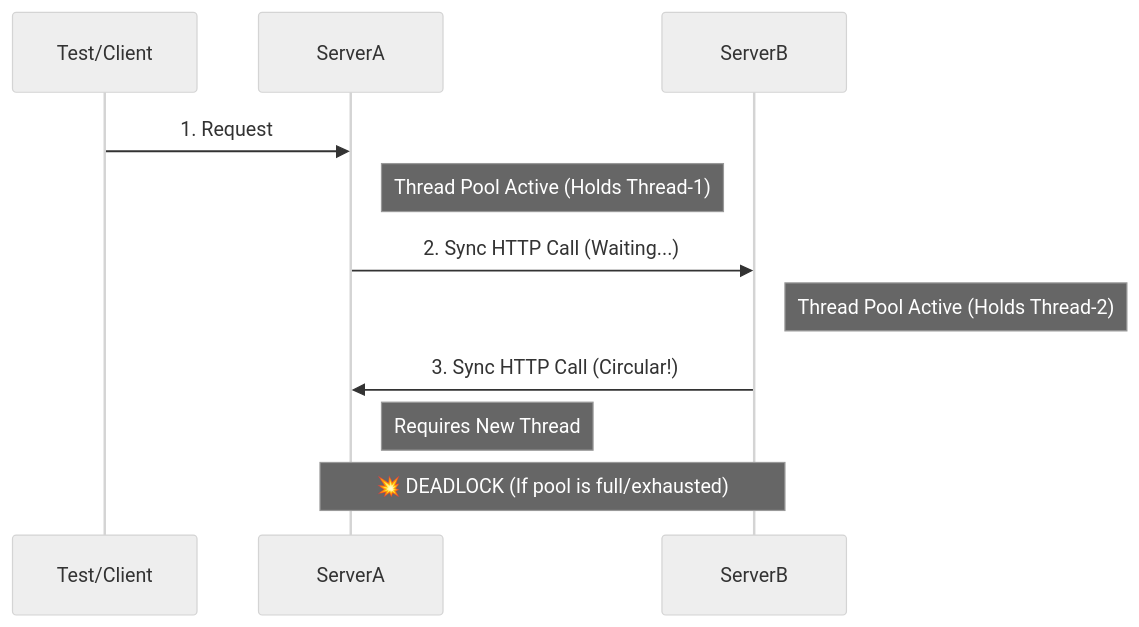
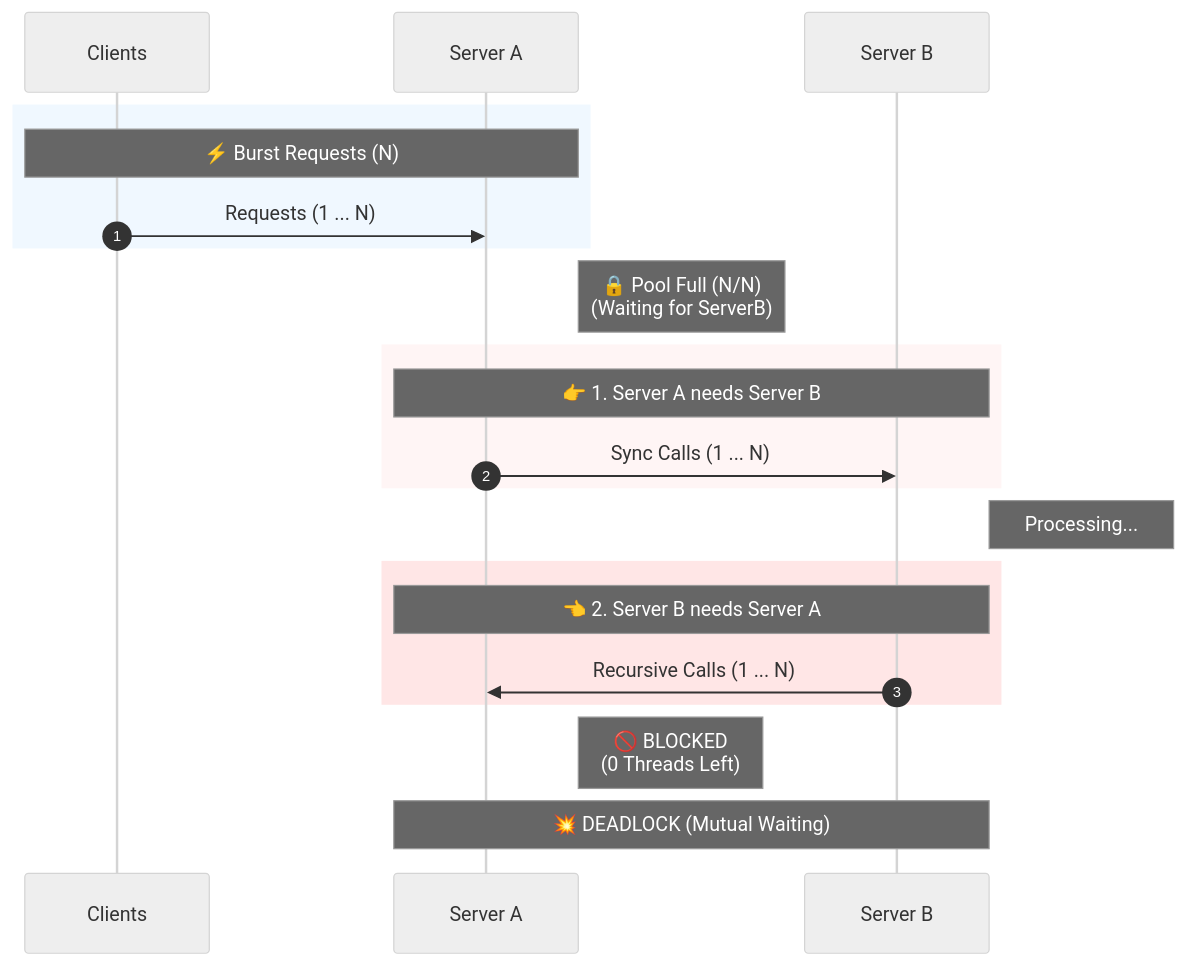
Before and after one commit to implermine/msa-deadlock-demo: the diagram in README.md, drawn with Mermaid (neutral theme).

````diff
--- a/README.md
+++ b/README.md
@@ -16,14 +16,34 @@
 ```mermaid
+%%{init: { 'sequence': { 'actorMargin': 150, 'noteMargin': 10, 'boxMargin': 10 } } }%%
 sequenceDiagram
-    participant Test/Client
-    participant ServerA
-    participant ServerB
+    autonumber
+    participant Users as Clients
+    participant ServerA as Server A
+    participant ServerB as Server B
 
-    Test/Client->>ServerA: 1. Request
-    Note right of ServerA: Thread Pool Active (Holds Thread-1)
-    ServerA->>ServerB: 2. Sync HTTP Call (Waiting...)
-    Note right of ServerB: Thread Pool Active (Holds Thread-2)
-    ServerB->>ServerA: 3. Sync HTTP Call (Circular!)
-    Note right of ServerA: Requires New Thread
-    Note over ServerA, ServerB: 💥 DEADLOCK (If pool is full/exhausted)
+    %% 1. 상황 발생
+    rect rgb(240, 248, 255)
+        Note over Users, ServerA: ⚡ Burst Requests (N)
+        Users->>ServerA: Requests (1 ... N)
+    end
+
+    Note right of ServerA: 🔒 Pool Full (N/N)<br/>(Waiting for ServerB)
+
+    %% 2. A가 B를 필요로 함 (Dependency 1)
+    rect rgb(255, 245, 245)
+        Note over ServerA, ServerB: 👉 1. Server A needs Server B
+        ServerA->>ServerB: Sync Calls (1 ... N)
+    end
+    
+    Note right of ServerB: Processing...
+
+    %% 3. B가 A를 필요로 함 (Dependency 2 - Circular)
+    rect rgb(255, 230, 230)
+        Note over ServerA, ServerB: 👈 2. Server B needs Server A
+        ServerB->>ServerA: Recursive Calls (1 ... N)
+    end
+
+    Note right of ServerA: 🚫 BLOCKED<br/>(0 Threads Left)
+    
+    Note over ServerA, ServerB: 💥 DEADLOCK (Mutual Waiting)
 ```
````
